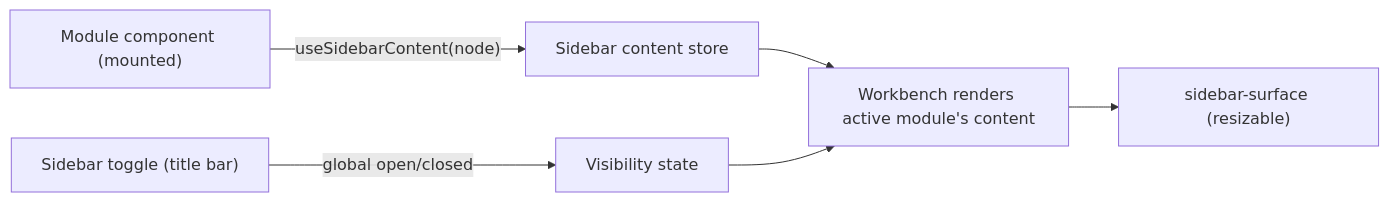
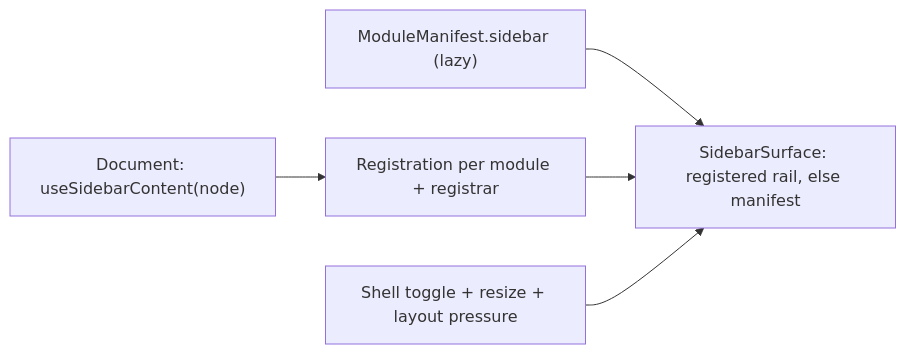
One commit to syurodev/dev-kit changed the diagram in docs/dev-kit/sidebar.mdx. Above: the diagram before and after it, drawn with Mermaid. The commit also changed other lines of this file and 6 other files, not shown here.

Commit message:
Document shared sidebar and workbench tab integration rules

````diff
--- a/docs/dev-kit/sidebar.mdx
+++ b/docs/dev-kit/sidebar.mdx
@@ -21,8 +42,7 @@
 ```mermaid
 flowchart LR
-  Module["Module component (mounted)"] -->|"useSidebarContent(node)"| Store["Sidebar content store"]
-  Toggle["Sidebar toggle (title bar)"] -->|"global open/closed"| Visibility["Visibility state"]
-  Store --> Render["Workbench renders active module's content"]
-  Visibility --> Render
-  Render --> Surface["sidebar-surface (resizable)"]
+  Manifest["ModuleManifest.sidebar (lazy)"] --> Render["SidebarSurface: registered rail, else manifest"]
+  Document["Document: useSidebarContent(node)"] --> Store["Registration per module + registrar"]
+  Store --> Render
+  Toggle["Shell toggle + resize + layout pressure"] --> Render
 ```
````
